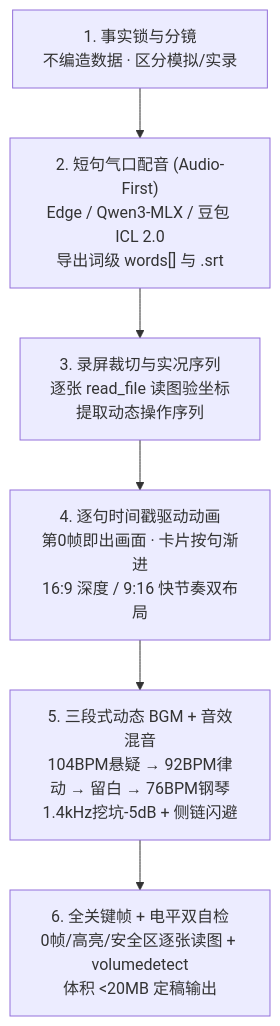
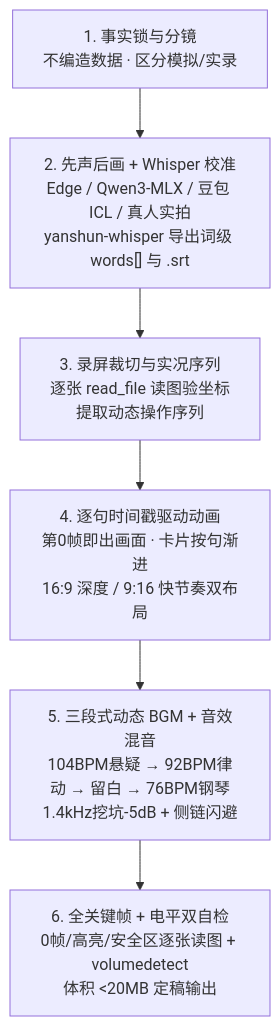
The diagram in skills/swiss-grid-video/SKILL.md (yanshun86/yanshun-skill), drawn with Mermaid before and after one commit. The commit also changed other lines of this file and 1 other file, not shown here.

Commit message:
Enforce yanshun-whisper timestamp calibration in both video skills

````diff
--- a/skills/swiss-grid-video/SKILL.md
+++ b/skills/swiss-grid-video/SKILL.md
@@ -12,8 +12,8 @@
 ```mermaid
 flowchart TD
-    A["1. 事实锁与分镜<br/>不编造数据 · 区分模拟/实录"] --> B["2. 短句气口配音 (Audio-First)<br/>Edge / Qwen3-MLX / 豆包 ICL 2.0<br/>导出词级 words[] 与 .srt"]
+    A["1. 事实锁与分镜<br/>不编造数据 · 区分模拟/实录"] --> B["2. 先声后画 + Whisper 校准<br/>Edge / Qwen3-MLX / 豆包 ICL / 真人实拍<br/>yanshun-whisper 导出词级 words[] 与 .srt"]
     B --> C["3. 录屏裁切与实况序列<br/>逐张 read_file 读图验坐标<br/>提取动态操作序列"]
     C --> D["4. 逐句时间戳驱动动画<br/>第0帧即出画面 · 卡片按句渐进<br/>16:9 深度 / 9:16 快节奏双布局"]
     D --> E["5. 三段式动态 BGM + 音效混音<br/>104BPM悬疑 → 92BPM律动 → 留白 → 76BPM钢琴<br/>1.4kHz挖坑-5dB + 侧链闪避"]
     E --> F["6. 全关键帧 + 电平双自检<br/>0帧/高亮/安全区逐张读图 + volumedetect<br/>体积 <20MB 定稿输出"]
 ```
````
